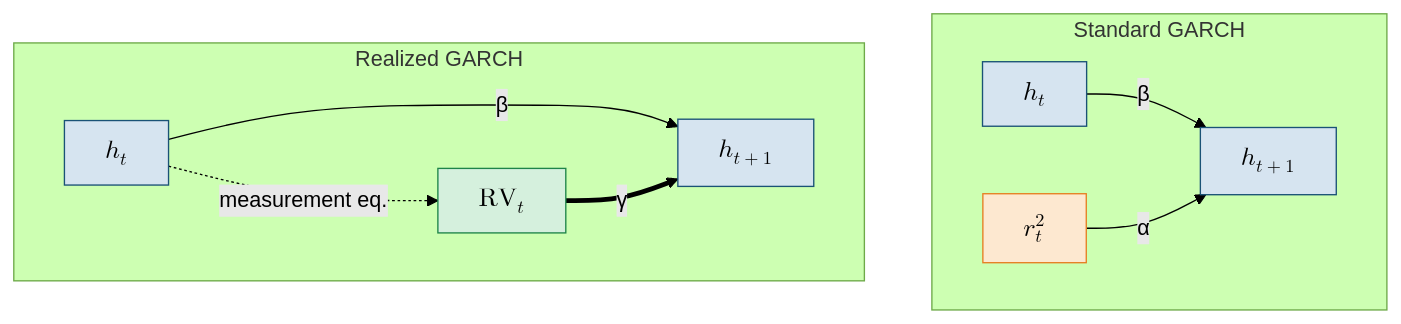
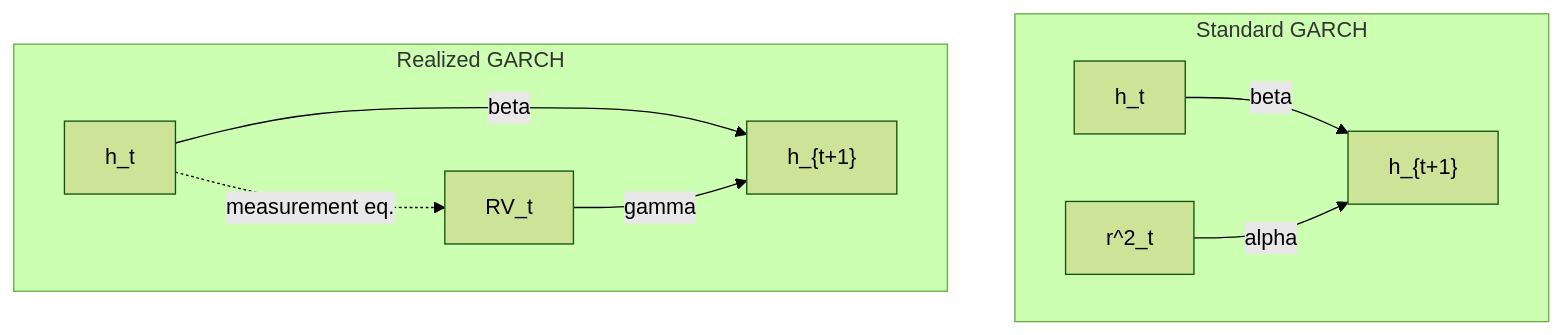
Before and after one commit to xRyann2255/ML-GS: the second of 2 diagrams in vol-learning-guide/markdown/ch05-garch-family.md, drawn with Mermaid (forest theme). The commit also changed other lines of this file and 19 other files, not shown here.

````diff
--- a/vol-learning-guide/markdown/ch05-garch-family.md
+++ b/vol-learning-guide/markdown/ch05-garch-family.md
@@ -261,26 +223,19 @@
 ```mermaid
 flowchart TD
     subgraph SG["Standard GARCH"]
-        g_ht["$$h_t$$"]
-        g_r2["$$r^2_t$$"]
-        g_ht1["$$h_{t+1}$$"]
-        g_ht -->|"β"| g_ht1
-        g_r2 -->|"α"| g_ht1
+        g_ht["h_t"]
+        g_r2["r^2_t"]
+        g_ht1["h_{t+1}"]
+        g_ht -- "beta" --> g_ht1
+        g_r2 -- "alpha" --> g_ht1
     end
 
     subgraph RG["Realized GARCH"]
-        rg_ht["$$h_t$$"]
-        rg_rv["$$\operatorname{RV}_t$$"]
-        rg_ht1["$$h_{t+1}$$"]
-        rg_ht -.->|"measurement eq."| rg_rv
-        rg_ht -->|"β"| rg_ht1
-        rg_rv ==>|"γ"| rg_ht1
+        rg_ht["h_t"]
+        rg_rv["RV_t"]
+        rg_ht1["h_{t+1}"]
+        rg_ht -. "measurement eq." .-> rg_rv
+        rg_ht -- "beta" --> rg_ht1
+        rg_rv -- "gamma" --> rg_ht1
     end
-
-    classDef latent fill:#d6e4f0,stroke:#1a5276;
-    classDef news fill:#fde8d0,stroke:#e67e22;
-    classDef realized fill:#d5f0dd,stroke:#1e8449;
-    class g_ht,g_ht1,rg_ht,rg_ht1 latent;
-    class g_r2 news;
-    class rg_rv realized;
 ```
````
